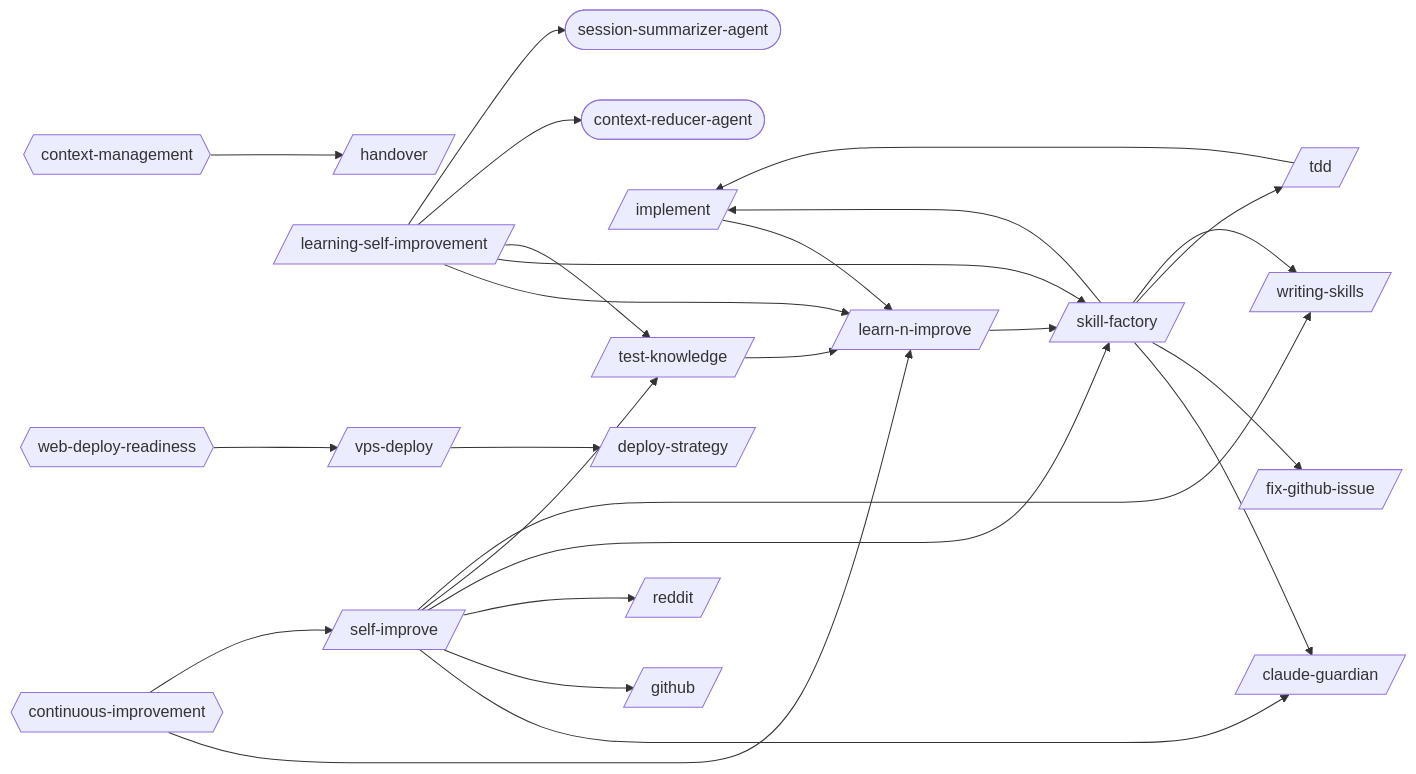
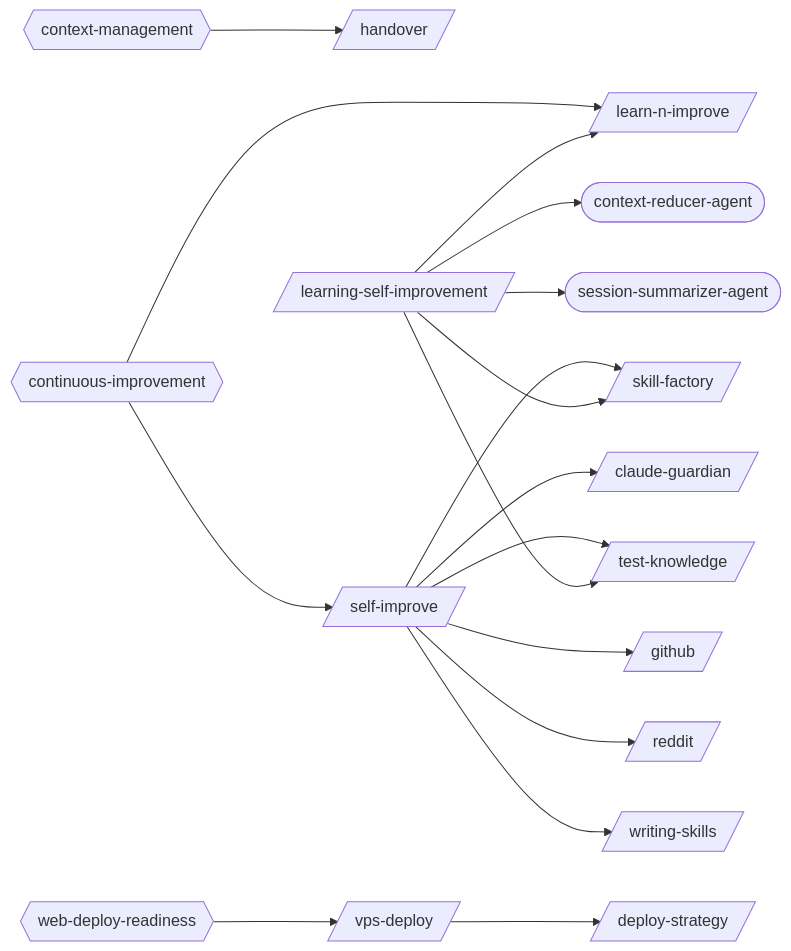
One commit to abhayla/claude-best-practices changed the first of 15 diagrams in docs/workflows/learning-self-improvement.md. Above: the diagram before and after it, drawn with Mermaid. The commit also changed other lines of this file and 56 other files, not shown here.

````diff
--- a/docs/workflows/learning-self-improvement.md
+++ b/docs/workflows/learning-self-improvement.md
@@ -9,48 +9,36 @@
 ```mermaid
 graph LR
     claude_guardian[/claude-guardian/]
     deploy_strategy[/deploy-strategy/]
-    fix_github_issue[/fix-github-issue/]
     github[/github/]
     handover[/handover/]
-    implement[/implement/]
     learn_n_improve[/learn-n-improve/]
     learning_self_improvement[/learning-self-improvement/]
     reddit[/reddit/]
     self_improve[/self-improve/]
     skill_factory[/skill-factory/]
-    tdd[/tdd/]
     test_knowledge[/test-knowledge/]
     vps_deploy[/vps-deploy/]
     writing_skills[/writing-skills/]
     context_reducer_agent([context-reducer-agent])
     session_summarizer_agent([session-summarizer-agent])
     context_management{{context-management}}
     continuous_improvement{{continuous-improvement}}
     web_deploy_readiness{{web-deploy-readiness}}
-    implement --> learn_n_improve
-    learn_n_improve --> skill_factory
     learning_self_improvement --> learn_n_improve
     learning_self_improvement --> skill_factory
     learning_self_improvement --> test_knowledge
     learning_self_improvement --> context_reducer_agent
     learning_self_improvement --> session_summarizer_agent
-    skill_factory --> claude_guardian
-    skill_factory --> fix_github_issue
-    skill_factory --> implement
-    skill_factory --> tdd
-    skill_factory --> writing_skills
-    tdd --> implement
-    test_knowledge --> learn_n_improve
     vps_deploy --> deploy_strategy
     self_improve --> claude_guardian
     self_improve --> github
     self_improve --> reddit
     self_improve --> skill_factory
     self_improve --> test_knowledge
     self_improve --> writing_skills
     context_management --> handover
     continuous_improvement --> learn_n_improve
     continuous_improvement --> self_improve
     web_deploy_readiness --> vps_deploy
 ```
````
